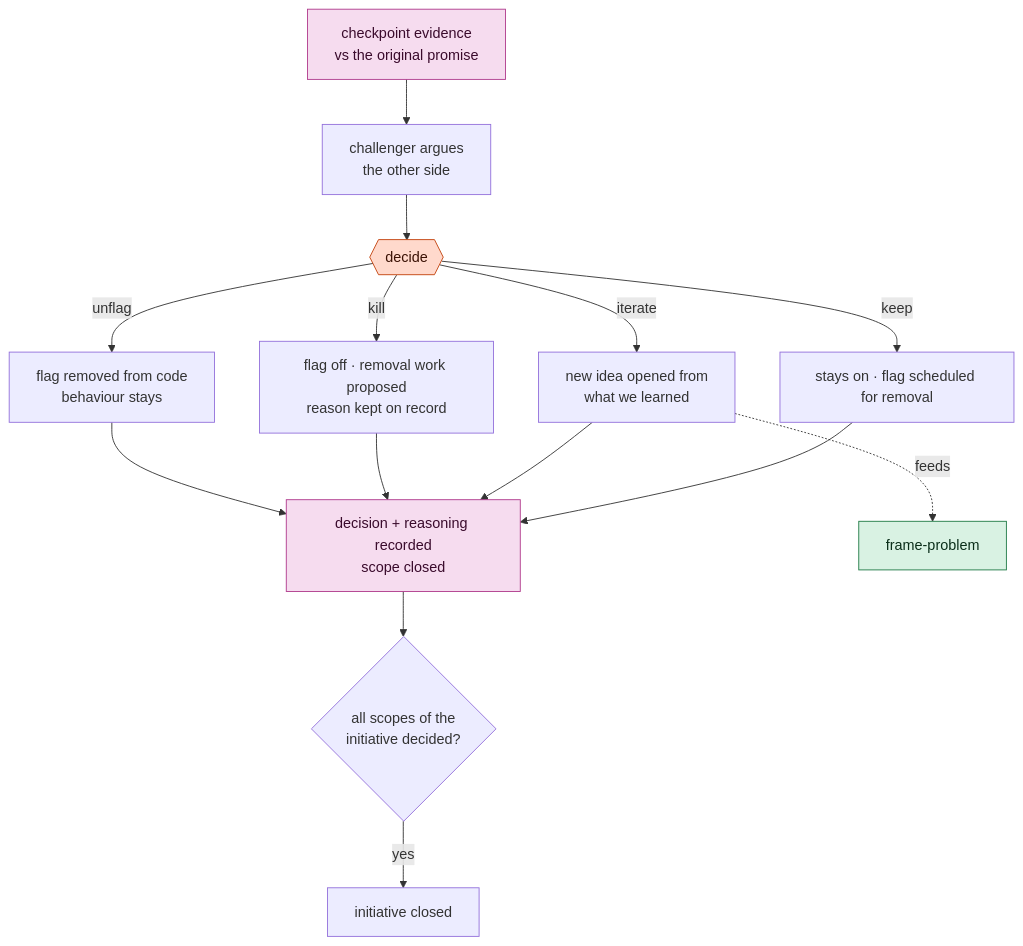
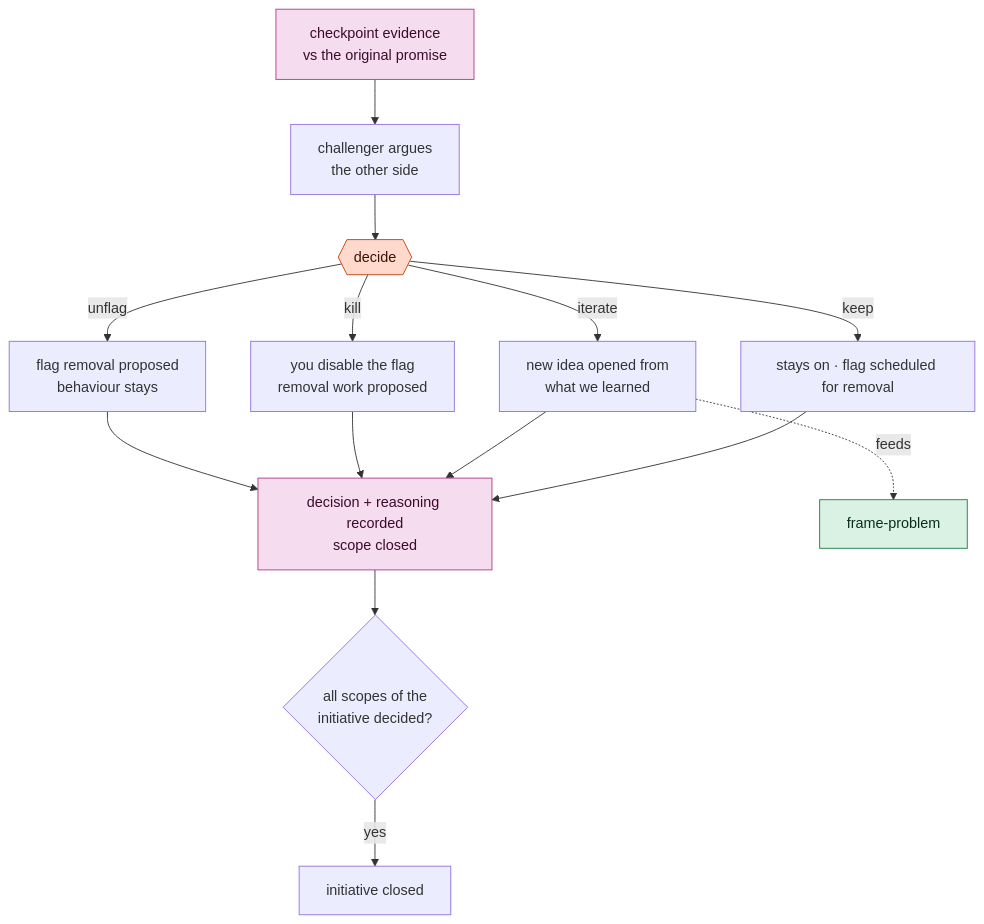
One commit to dreamingechoes/wholeloop changed the diagram in docs/flow/learn/decide-next.md. Above: the diagram before and after it, drawn with Mermaid. The commit also changed other lines of this file and 33 other files, not shown here.

````diff
--- a/docs/flow/learn/decide-next.md
+++ b/docs/flow/learn/decide-next.md
@@ -31,16 +31,16 @@
 ```mermaid
 flowchart TD
   EV["checkpoint evidence<br/>vs the original promise"]:::learn --> CH["challenger argues<br/>the other side"]
   CH --> D{{"decide"}}:::person
   D -- keep --> K["stays on · flag scheduled for removal"]
   D -- iterate --> I["new idea opened from<br/>what we learned"]
-  D -- kill --> X["flag off · removal work proposed<br/>reason kept on record"]
-  D -- unflag --> U["flag removed from code<br/>behaviour stays"]
+  D -- kill --> X["you disable the flag<br/>removal work proposed"]
+  D -- unflag --> U["flag removal proposed<br/>behaviour stays"]
   K & I & X & U --> R["decision + reasoning recorded<br/>scope closed"]:::learn
   R --> AI{"all scopes of the<br/>initiative decided?"}
   AI -- yes --> CI["initiative closed"]
   I -. "feeds" .-> FP["frame-problem"]:::define
   classDef learn fill:#f6dcef,stroke:#b03a8c,color:#3a0b2c;
   classDef define fill:#d9f2e3,stroke:#1f7a45,color:#0b2e1a;
   classDef person fill:#ffd9cc,stroke:#c2410c,color:#3b1205;
 ```
````
